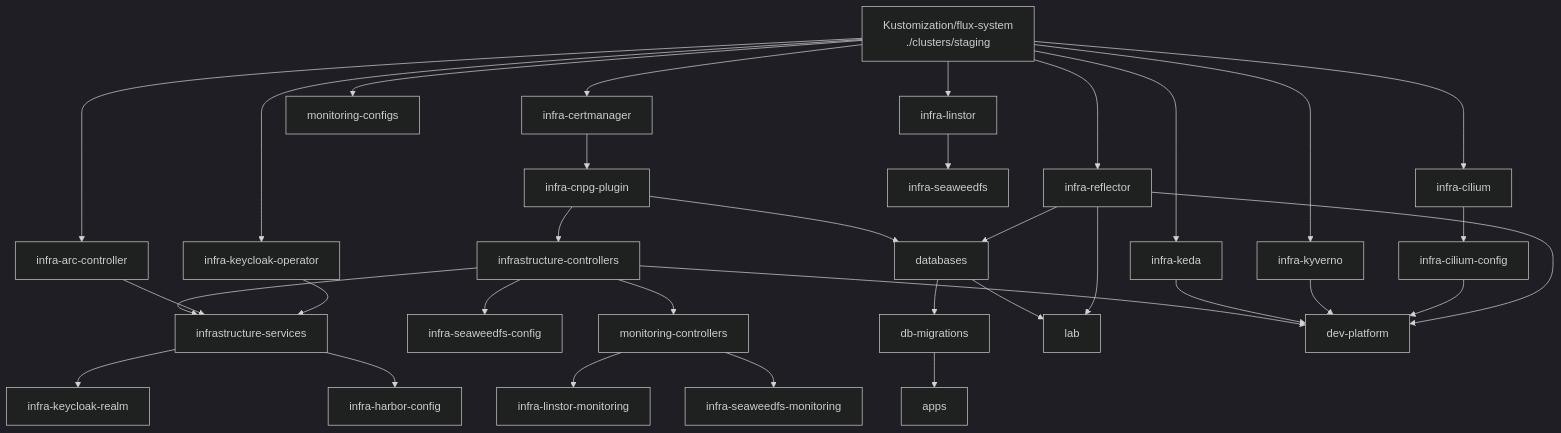
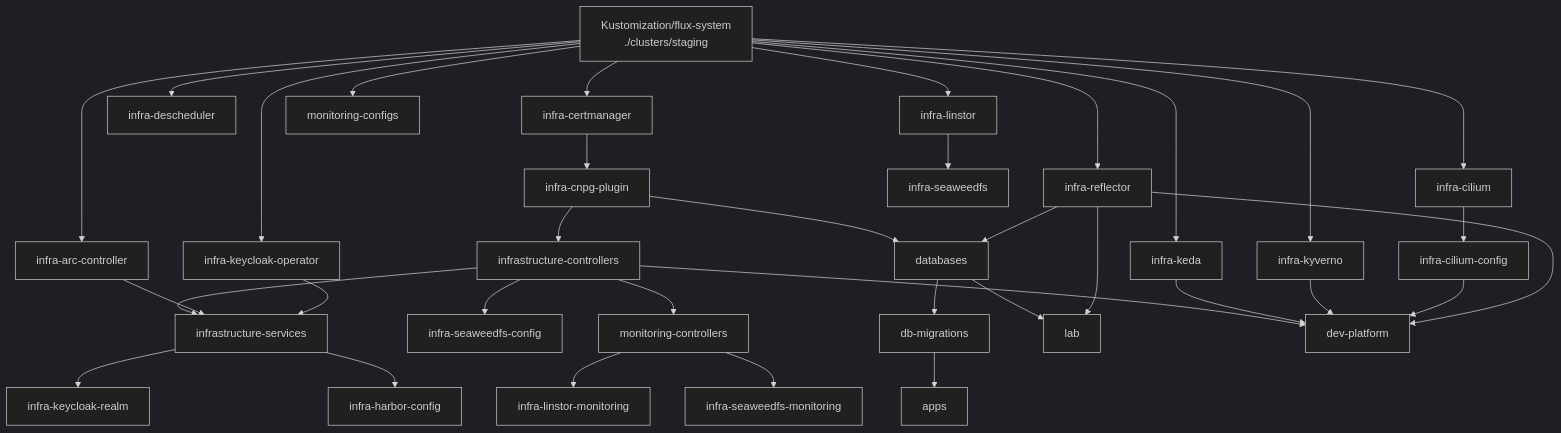
One commit to eliorion/homelab_v1 changed the diagram in clusters/README.md. Above: the diagram before and after it, drawn with Mermaid (dark theme). The commit also changed other lines of this file and 7 other files, not shown here.

````diff
--- a/clusters/README.md
+++ b/clusters/README.md
@@ -217,42 +218,43 @@
 ```mermaid
 flowchart TD
     root["Kustomization/flux-system\n./clusters/staging"]
 
     root --> cm["infra-certmanager"]
     root --> arc["infra-arc-controller"]
     root --> cil["infra-cilium"]
     root --> refl["infra-reflector"]
     root --> keda["infra-keda"]
+    root --> desch["infra-descheduler"]
     root --> kyv["infra-kyverno"]
     root --> kco["infra-keycloak-operator"]
     root --> lin["infra-linstor"]
     root --> moncfg["monitoring-configs"]
 
     cm --> plugin["infra-cnpg-plugin"]
     cil --> cilcfg["infra-cilium-config"]
     lin --> sw["infra-seaweedfs"]
     plugin --> ctrl["infrastructure-controllers"]
     ctrl --> svc["infrastructure-services"]
     arc --> svc
     kco --> svc
     svc --> realm["infra-keycloak-realm"]
     svc --> harborcfg["infra-harbor-config"]
     ctrl --> swcfg["infra-seaweedfs-config"]
 
     ctrl --> mon["monitoring-controllers"]
     mon --> linmon["infra-linstor-monitoring"]
     mon --> swmon["infra-seaweedfs-monitoring"]
 
     plugin --> db["databases"]
     refl --> db
     db --> mig["db-migrations"]
     mig --> apps["apps"]
     db --> lab["lab"]
     refl --> lab
 
     ctrl --> e2e["dev-platform"]
     keda --> e2e
     kyv --> e2e
     cilcfg --> e2e
     refl --> e2e
 ```
````
